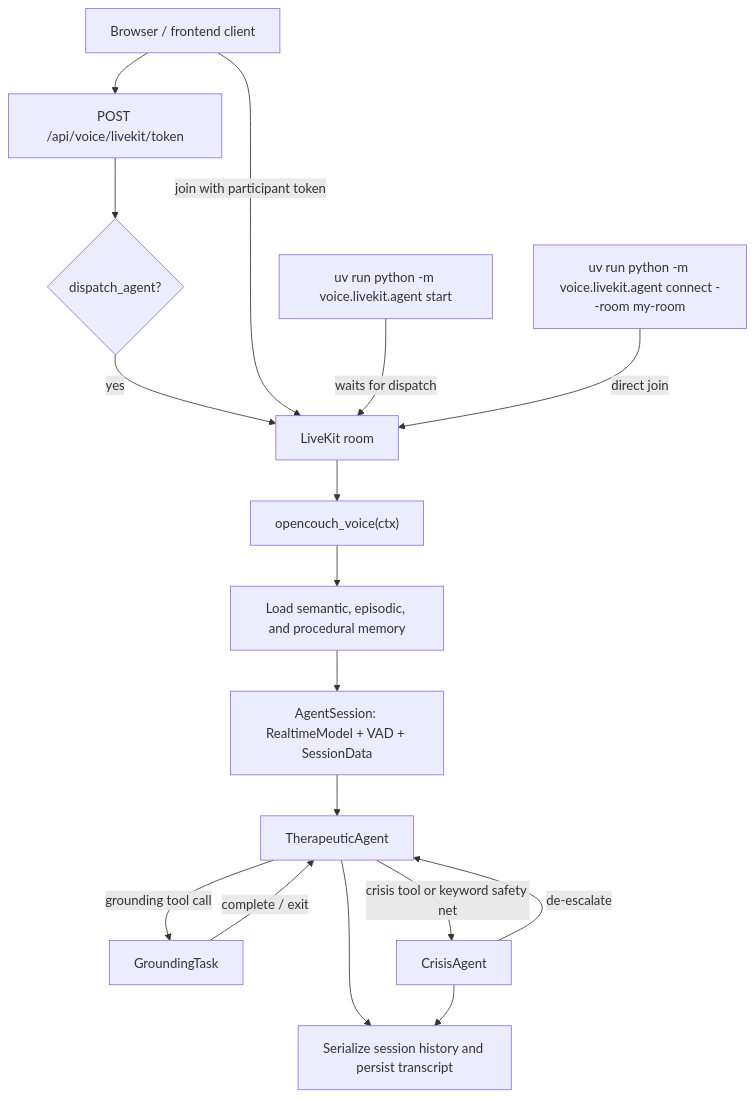
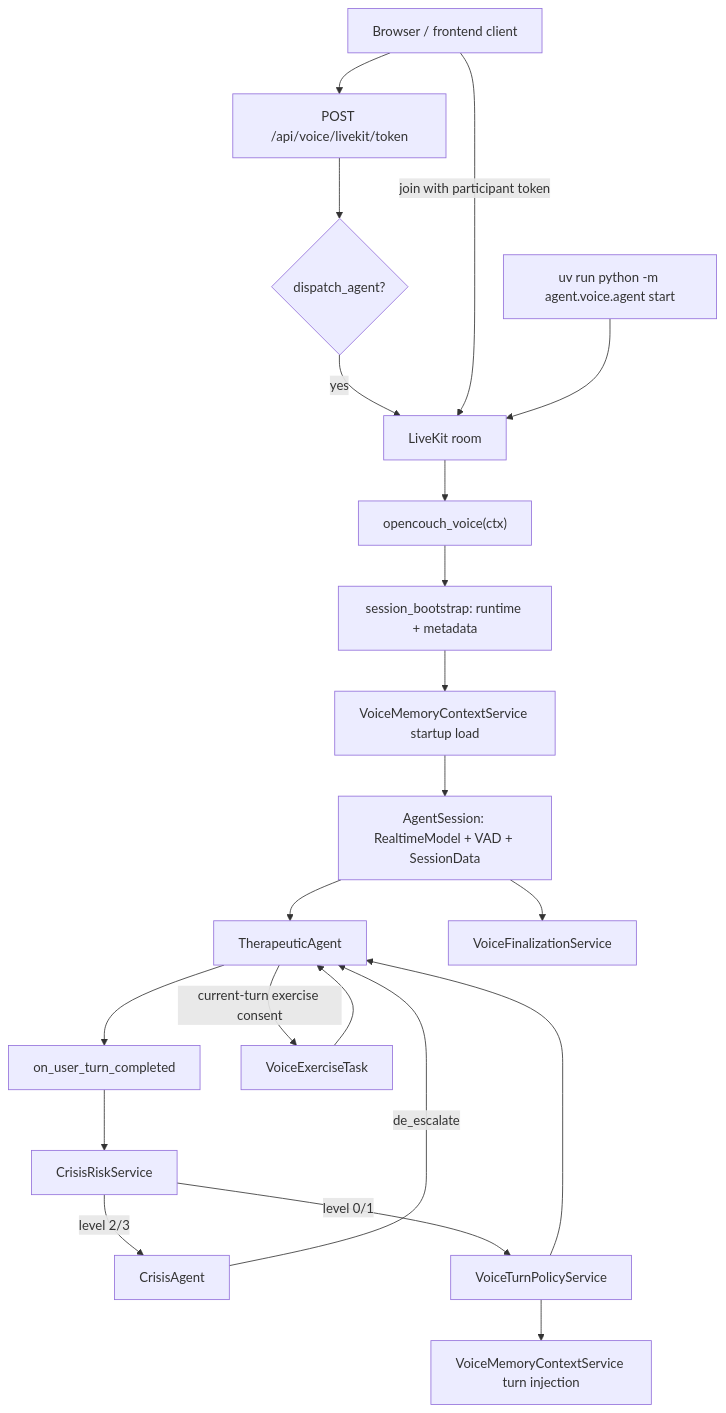
The diagram in apps/backend/agent/voice/README.md (whanyu1212/OpenCouch), drawn with Mermaid before and after one commit. The commit also changed other lines of this file and 39 other files, not shown here.

Commit message:
refactor: split livekit voice runtime into services

````diff
--- a/apps/backend/agent/voice/README.md
+++ b/apps/backend/agent/voice/README.md
@@ -76,23 +12,27 @@
 ```mermaid
 flowchart TD
     Client["Browser / frontend client"] --> Token["POST /api/voice/livekit/token"]
     Token --> Dispatch{"dispatch_agent?"}
     Dispatch -->|yes| Room["LiveKit room"]
     Client -->|join with participant token| Room
-    Start["uv run python -m voice.livekit.agent start"] -->|waits for dispatch| Room
-    Connect["uv run python -m voice.livekit.agent connect --room my-room"] -->|direct join| Room
+    Worker["uv run python -m agent.voice.agent start"] --> Room
 
     Room --> Entry["opencouch_voice(ctx)"]
-    Entry --> Memory["Load semantic, episodic, and procedural memory"]
+    Entry --> Bootstrap["session_bootstrap: runtime + metadata"]
+    Bootstrap --> Memory["VoiceMemoryContextService startup load"]
     Memory --> Session["AgentSession: RealtimeModel + VAD + SessionData"]
     Session --> Therapeutic["TherapeuticAgent"]
 
-    Therapeutic -->|grounding tool call| Grounding["GroundingTask"]
-    Grounding -->|complete / exit| Therapeutic
+    Therapeutic --> TurnPolicy["on_user_turn_completed"]
+    TurnPolicy --> CrisisGate["CrisisRiskService"]
+    CrisisGate -->|level 2/3| Crisis["CrisisAgent"]
+    CrisisGate -->|level 0/1| VoicePolicy["VoiceTurnPolicyService"]
+    VoicePolicy --> MemoryInject["VoiceMemoryContextService turn injection"]
+    VoicePolicy --> Therapeutic
 
-    Therapeutic -->|crisis tool or keyword safety net| Crisis["CrisisAgent"]
-    Crisis -->|de-escalate| Therapeutic
+    Therapeutic -->|current-turn exercise consent| Exercise["VoiceExerciseTask"]
+    Exercise --> Therapeutic
+    Crisis -->|de_escalate| Therapeutic
 
-    Therapeutic --> Shutdown["Serialize session history and persist transcript"]
-    Crisis --> Shutdown
+    Session --> Finalizer["VoiceFinalizationService"]
 ```
````
